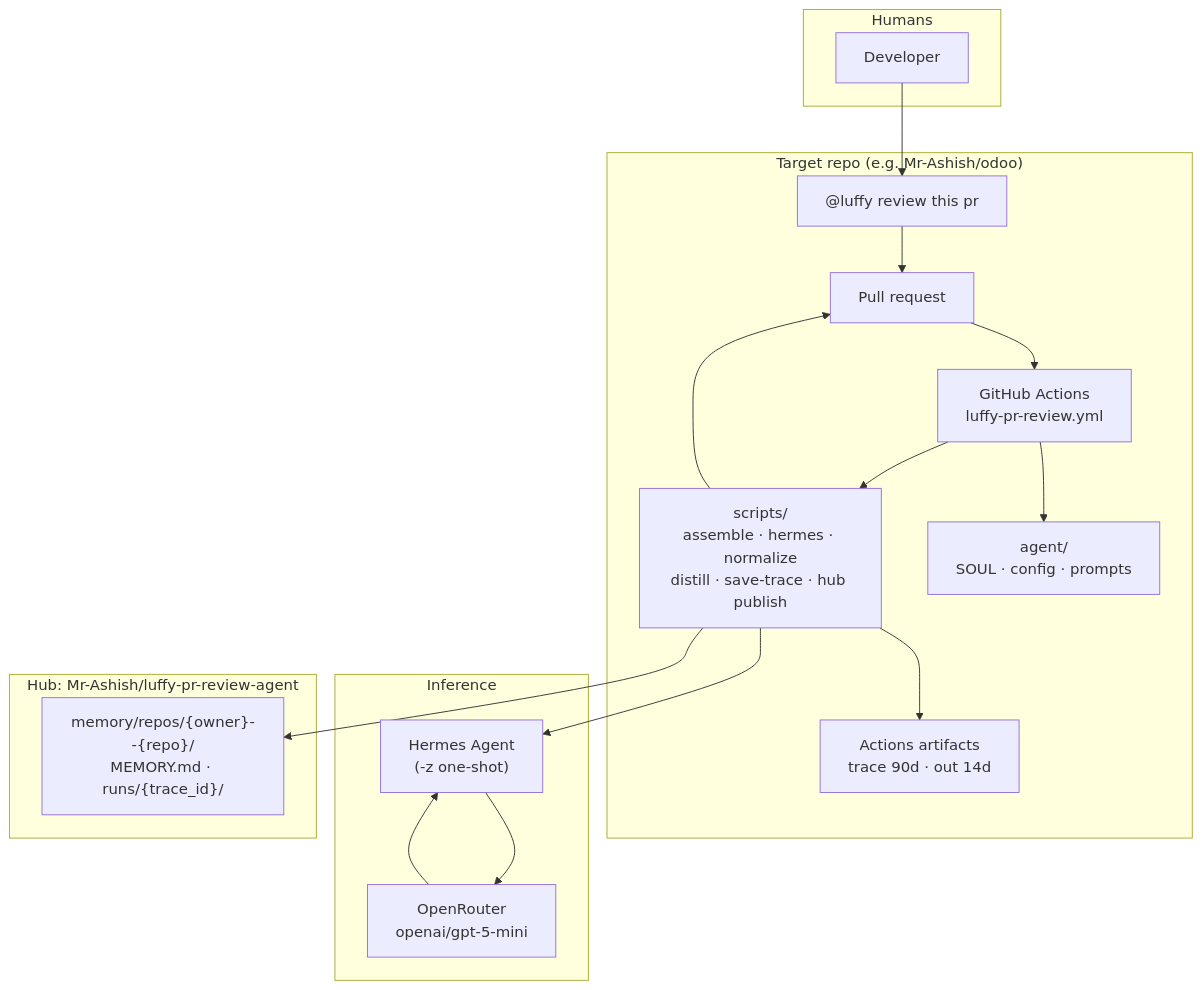
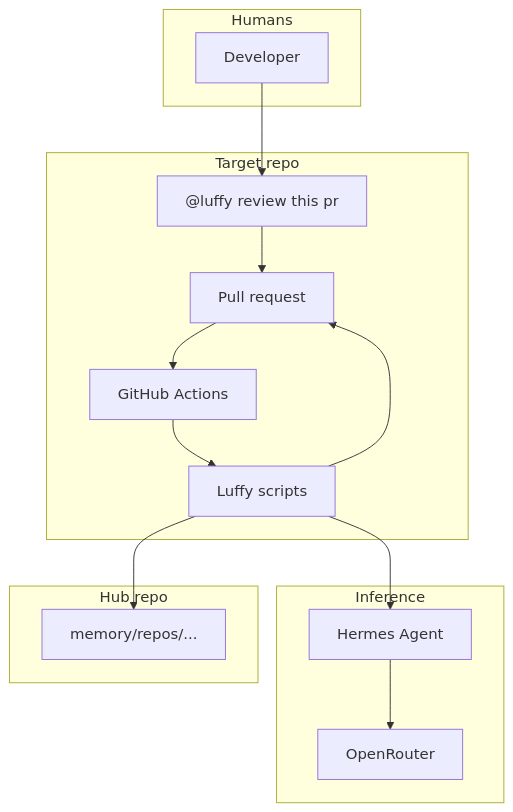
One commit to Mr-Ashish/luffy-pr-review-agent changed the first of 3 diagrams in README.md. Above: the diagram before and after it, drawn with Mermaid. The commit also changed other lines of this file and 7 other files, not shown here.

````diff
--- a/README.md
+++ b/README.md
@@ -25,36 +34,28 @@
 ```mermaid
 flowchart TB
   subgraph Humans
     Dev["Developer"]
   end
 
-  subgraph TargetRepo["Target repo (e.g. Mr-Ashish/odoo)"]
+  subgraph TargetRepo["Target repo"]
     PR["Pull request"]
     Comment["@luffy review this pr"]
-    GHA["GitHub Actions\nluffy-pr-review.yml"]
-    Scripts["scripts/\nassemble · hermes · normalize\ndistill · save-trace · hub publish"]
-    AgentCfg["agent/\nSOUL · config · prompts"]
-    Artifacts["Actions artifacts\ntrace 90d · out 14d"]
+    GHA["GitHub Actions"]
+    Scripts["Luffy scripts"]
   end
 
   subgraph LLM["Inference"]
-    Hermes["Hermes Agent\n(-z one-shot)"]
-    OR["OpenRouter\nopenai/gpt-5-mini"]
+    Hermes["Hermes Agent"]
+    OR["OpenRouter"]
   end
 
-  subgraph Hub["Hub: Mr-Ashish/luffy-pr-review-agent"]
-    Memory["memory/repos/{owner}--{repo}/\nMEMORY.md · runs/{trace_id}/"]
+  subgraph Hub["Hub repo"]
+    Memory["memory/repos/..."]
   end
 
-  Dev --> Comment
-  Comment --> PR
-  PR --> GHA
+  Dev --> Comment --> PR --> GHA
   GHA --> Scripts
-  GHA --> AgentCfg
-  Scripts --> Hermes
-  Hermes --> OR
-  OR --> Hermes
-  Scripts --> Artifacts
+  Scripts --> Hermes --> OR
   Scripts --> Memory
   Scripts --> PR
 ```
````
